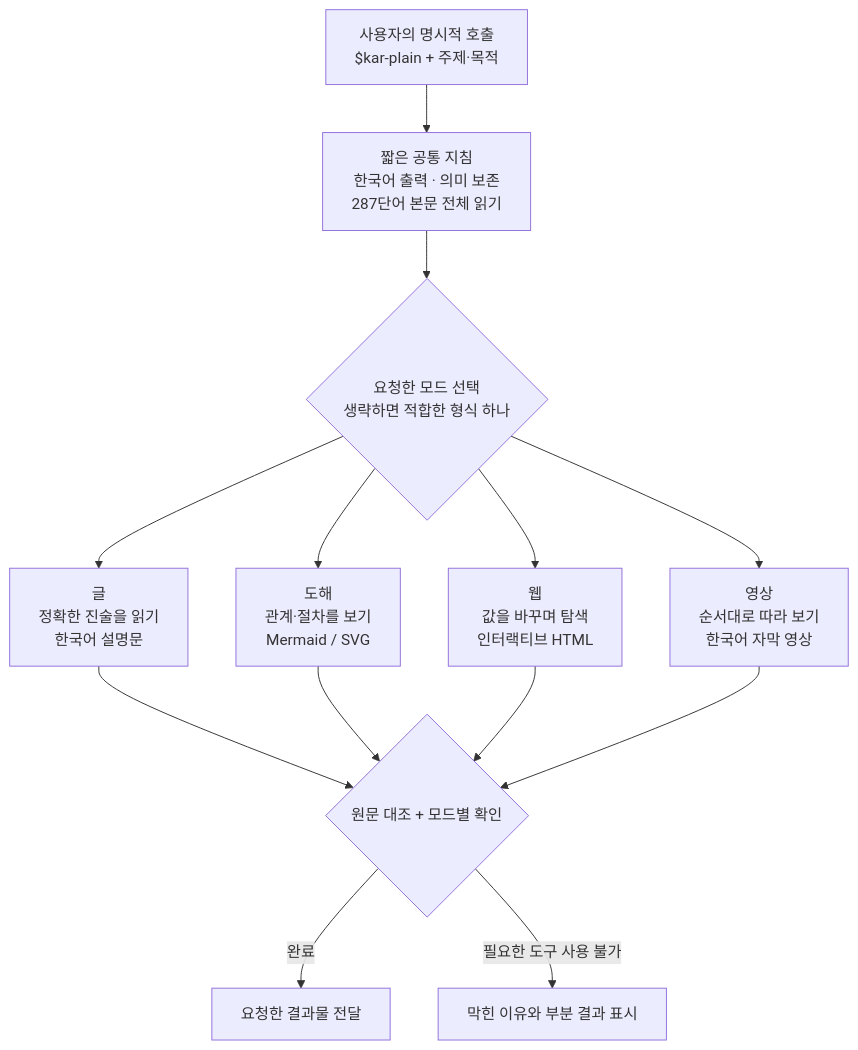
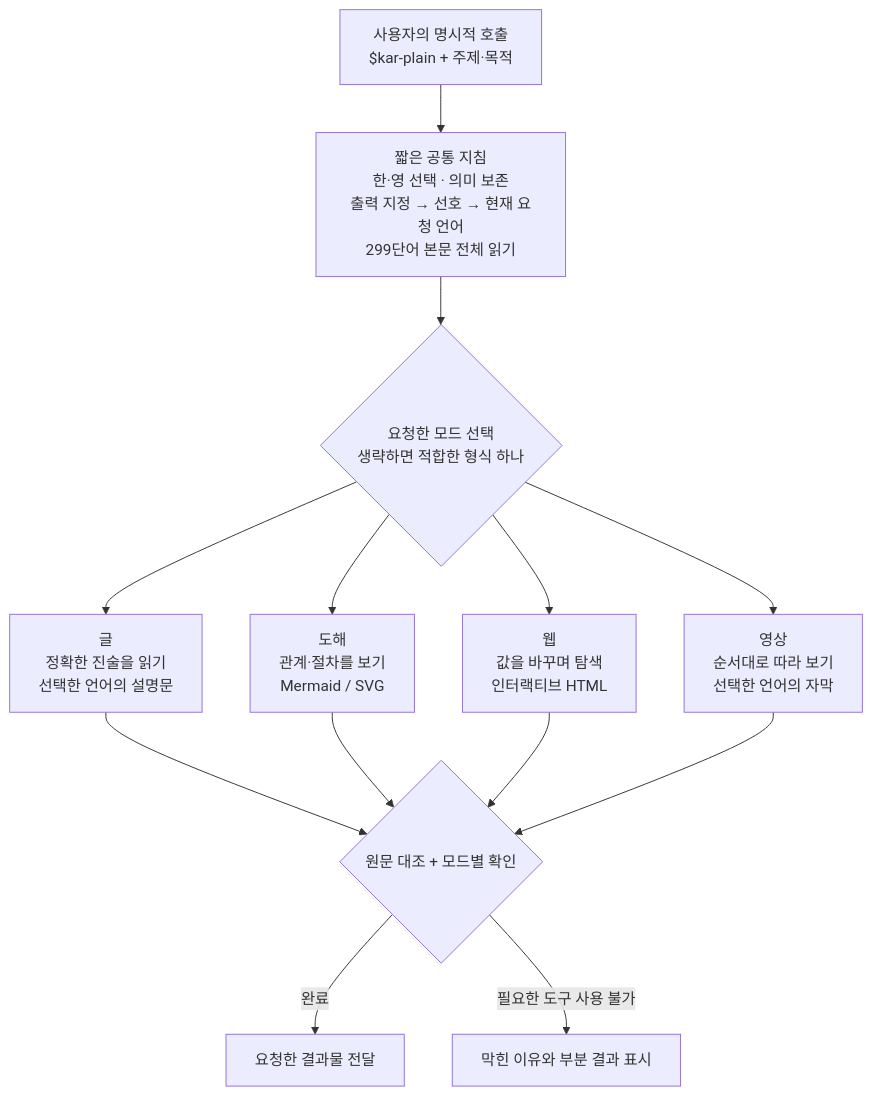
One commit to Burntgogi/kar-plain changed the diagram in outputs/diagram.mmd. Above: the diagram before and after it, drawn with Mermaid. The commit also changed 30 other files, not shown here.

```diff
--- a/outputs/diagram.mmd
+++ b/outputs/diagram.mmd
@@ -1,13 +1,13 @@
 flowchart TB
-    U["사용자의 명시적 호출<br/>$kar-plain + 주제·목적"] --> S["짧은 공통 지침<br/>한국어 출력 · 의미 보존<br/>287단어 본문 전체 읽기"]
+    U["사용자의 명시적 호출<br/>$kar-plain + 주제·목적"] --> S["짧은 공통 지침<br/>한·영 선택 · 의미 보존<br/>출력 지정 → 선호 → 현재 요청 언어<br/>299단어 본문 전체 읽기"]
     S --> M{"요청한 모드 선택<br/>생략하면 적합한 형식 하나"}
-    M --> P["글<br/>정확한 진술을 읽기<br/>한국어 설명문"]
+    M --> P["글<br/>정확한 진술을 읽기<br/>선택한 언어의 설명문"]
     M --> D["도해<br/>관계·절차를 보기<br/>Mermaid / SVG"]
     M --> W["웹<br/>값을 바꾸며 탐색<br/>인터랙티브 HTML"]
-    M --> V["영상<br/>순서대로 따라 보기<br/>한국어 자막 영상"]
+    M --> V["영상<br/>순서대로 따라 보기<br/>선택한 언어의 자막"]
     P --> Q{"원문 대조 + 모드별 확인"}
     D --> Q
     W --> Q
     V --> Q
     Q -->|"완료"| R["요청한 결과물 전달"]
     Q -->|"필요한 도구 사용 불가"| F["막힌 이유와 부분 결과 표시"]
```
